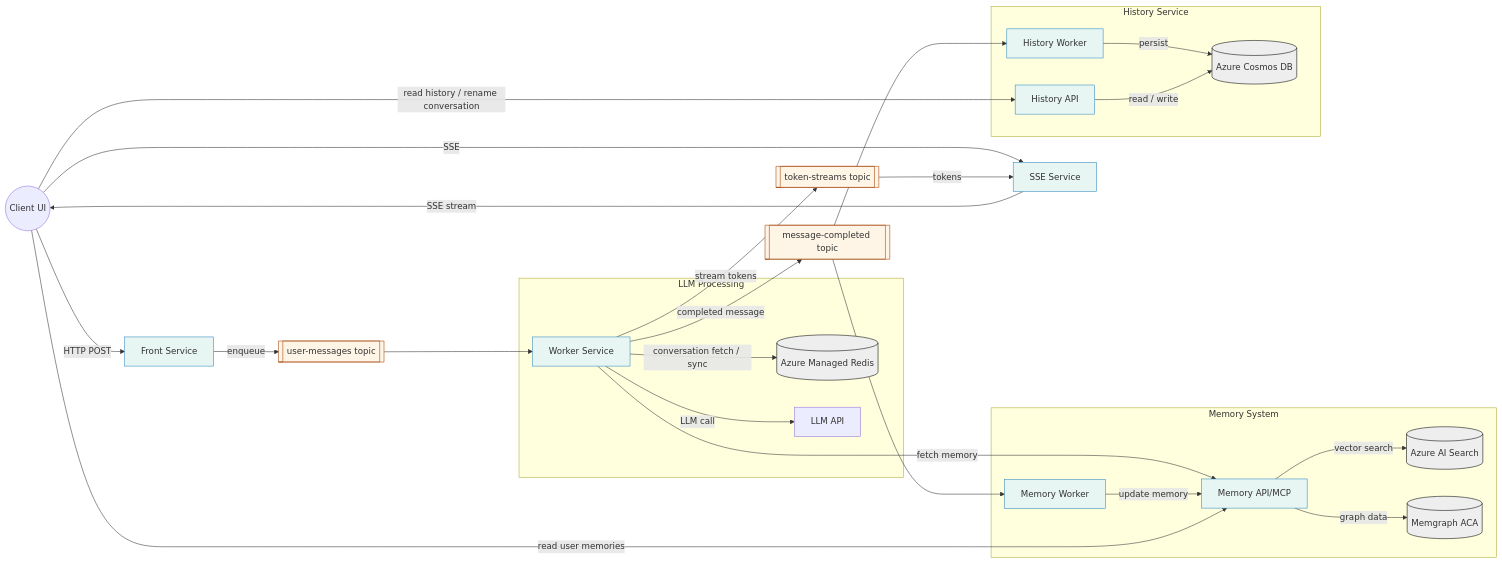
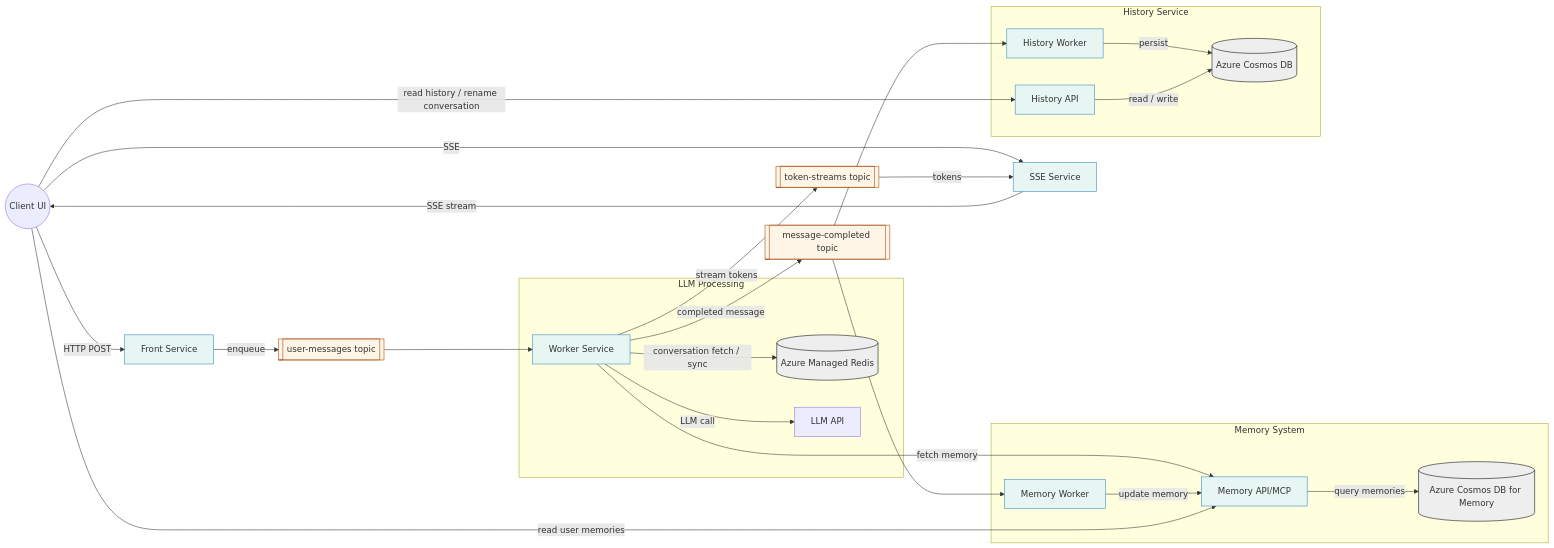
One commit to tkubica12/azure-workshops changed the first of 4 diagrams in d-ai-app-patterns/scalable_chat/README.md. Above: the diagram before and after it, drawn with Mermaid. The commit also changed other lines of this file, not shown here.

Commit message:
redesign memory system

````diff
--- a/d-ai-app-patterns/scalable_chat/README.md
+++ b/d-ai-app-patterns/scalable_chat/README.md
@@ -26,50 +44,48 @@
 ```mermaid
 flowchart LR
     Client((Client UI)) -->|HTTP POST| Front[Front Service]
     Client -->|SSE| SSE[SSE Service]
 
     Front -->|enqueue| UserMsgTopic[[user-messages topic]]
     UserMsgTopic --> Worker[Worker Service]
 
     subgraph LLMProcessing["LLM Processing"]
         Worker
         Redis[(Azure Managed Redis)]
         LLM[LLM API]
     end
     Worker -->|conversation fetch / sync| Redis
     Worker -->|LLM call| LLM    
     subgraph MemorySystem["Memory System"]
         MemoryWorker[Memory Worker]
         MemoryAPI[Memory API/MCP]
-        AISearch[(Azure AI Search)]
-        Memgraph[(Memgraph ACA)]
+        CosmosDBMem[(Azure Cosmos DB for Memory)]
     end
     Worker -->|fetch memory| MemoryAPI
-    MemoryAPI -->|vector search| AISearch
-    MemoryAPI -->|graph data| Memgraph
+    MemoryAPI -->|query memories| CosmosDBMem
     CompletedTopic --> MemoryWorker
     MemoryWorker -->|update memory| MemoryAPI
 
     Worker -->|stream tokens| TokenTopic[[token-streams topic]]
     Worker -->|completed message| CompletedTopic[[message-completed topic]]
     TokenTopic -->|tokens| SSE
     SSE -->|SSE stream| Client
 
     subgraph HistoryService["History Service"]
         HistoryWorker[History Worker]
         HistoryAPI[History API]
         CosmosDB[(Azure Cosmos DB)]
     end
     CompletedTopic --> HistoryWorker
     HistoryWorker -->|persist| CosmosDB    
     Client -->|read history / rename conversation| HistoryAPI
     Client -->|read user memories| MemoryAPI
     HistoryAPI -->|read / write| CosmosDB
 
     classDef service fill:#E8F6F3,stroke:#2E86C1,stroke-width:1px;
     classDef storage fill:#EEEEEE,stroke:#000000,stroke-width:1px;
     classDef queue   fill:#FEF5E7,stroke:#A04000,stroke-width:1px;    
     class Front,SSE,Worker,HistoryAPI,HistoryWorker,MemoryAPI,MemoryWorker service;
-    class Redis,CosmosDB,AISearch,Memgraph storage;
+    class Redis,CosmosDB,CosmosDBMem storage;
     class UserMsgTopic,TokenTopic,CompletedTopic queue;
 ```
````
